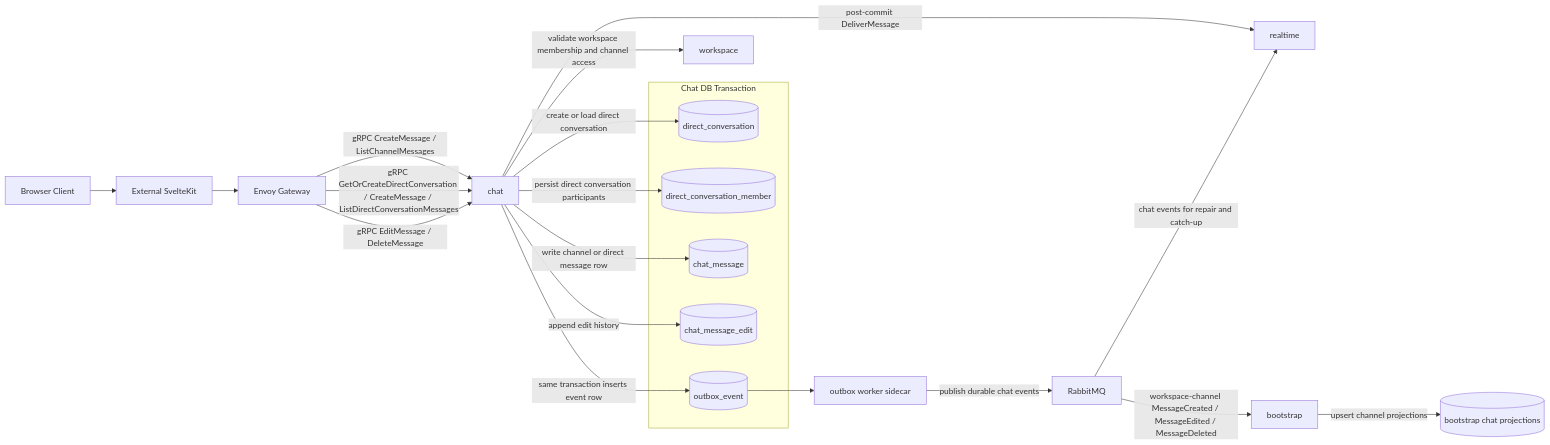
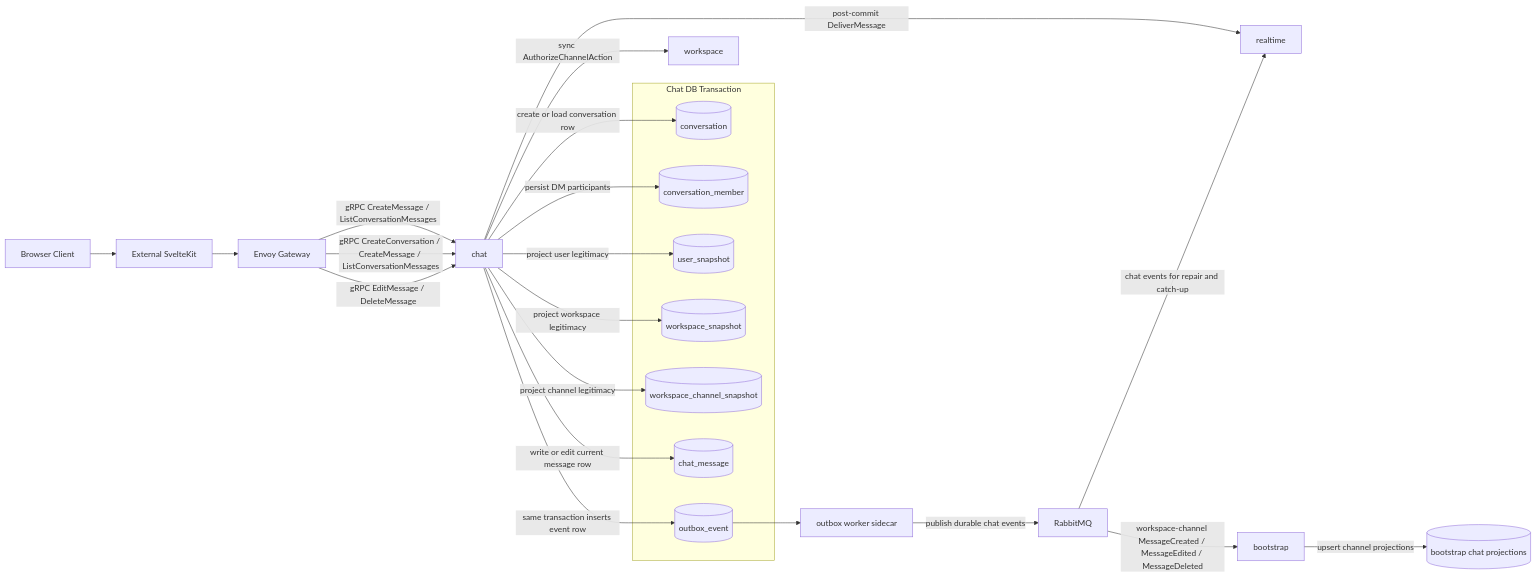
The diagram in docs/service/chat/diagram.md (nthnf/Relay), drawn with Mermaid before and after one commit. The commit also changed other lines of this file and 38 other files, not shown here.

````diff
--- a/docs/service/chat/diagram.md
+++ b/docs/service/chat/diagram.md
@@ -3,32 +3,36 @@
 ```mermaid
 flowchart LR
     Browser[Browser Client] --> App[External SvelteKit]
     App --> Gateway[Envoy Gateway]
-    Gateway -->|gRPC CreateMessage / ListChannelMessages| Chat[chat]
-    Gateway -->|gRPC GetOrCreateDirectConversation / CreateMessage / ListDirectConversationMessages| Chat
+    Gateway -->|gRPC CreateMessage / ListConversationMessages| Chat[chat]
+    Gateway -->|gRPC CreateConversation / CreateMessage / ListConversationMessages| Chat
     Gateway -->|gRPC EditMessage / DeleteMessage| Chat
-    Chat -->|validate workspace membership and channel access| Workspace[workspace]
+    Chat -->|sync AuthorizeChannelAction| Workspace[workspace]
 
     subgraph Chat DB Transaction
-        DC[(direct_conversation)]
-        DCM[(direct_conversation_member)]
+        C[(conversation)]
+        CMEM[(conversation_member)]
+        US[(user_snapshot)]
+        WS[(workspace_snapshot)]
+        WCS[(workspace_channel_snapshot)]
         CM[(chat_message)]
-        CME[(chat_message_edit)]
         O[(outbox_event)]
     end
 
-    Chat -->|create or load direct conversation| DC
-    Chat -->|persist direct conversation participants| DCM
-    Chat -->|write channel or direct message row| CM
-    Chat -->|append edit history| CME
+    Chat -->|create or load conversation row| C
+    Chat -->|persist DM participants| CMEM
+    Chat -->|project user legitimacy| US
+    Chat -->|project workspace legitimacy| WS
+    Chat -->|project channel legitimacy| WCS
+    Chat -->|write or edit current message row| CM
     Chat -->|same transaction inserts event row| O
 
     Chat -->|post-commit DeliverMessage| Realtime[realtime]
 
     O --> Worker[outbox worker sidecar]
     Worker -->|publish durable chat events| RabbitMQ[RabbitMQ]
     RabbitMQ -->|workspace-channel MessageCreated / MessageEdited / MessageDeleted| Bootstrap[bootstrap]
     RabbitMQ -->|chat events for repair and catch-up| Realtime
 
     Bootstrap -->|upsert channel projections| Projections[(bootstrap chat projections)]
 ```
````
